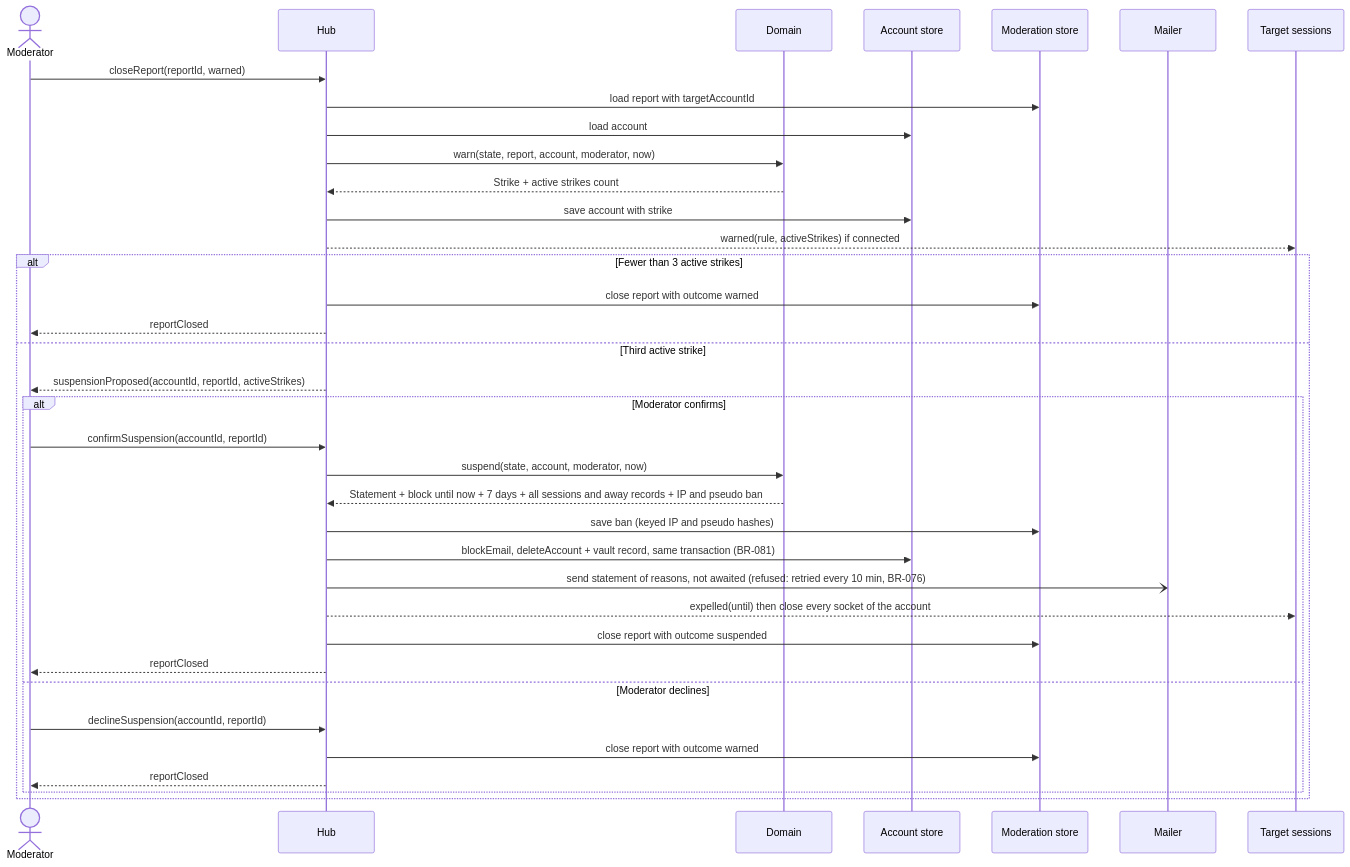
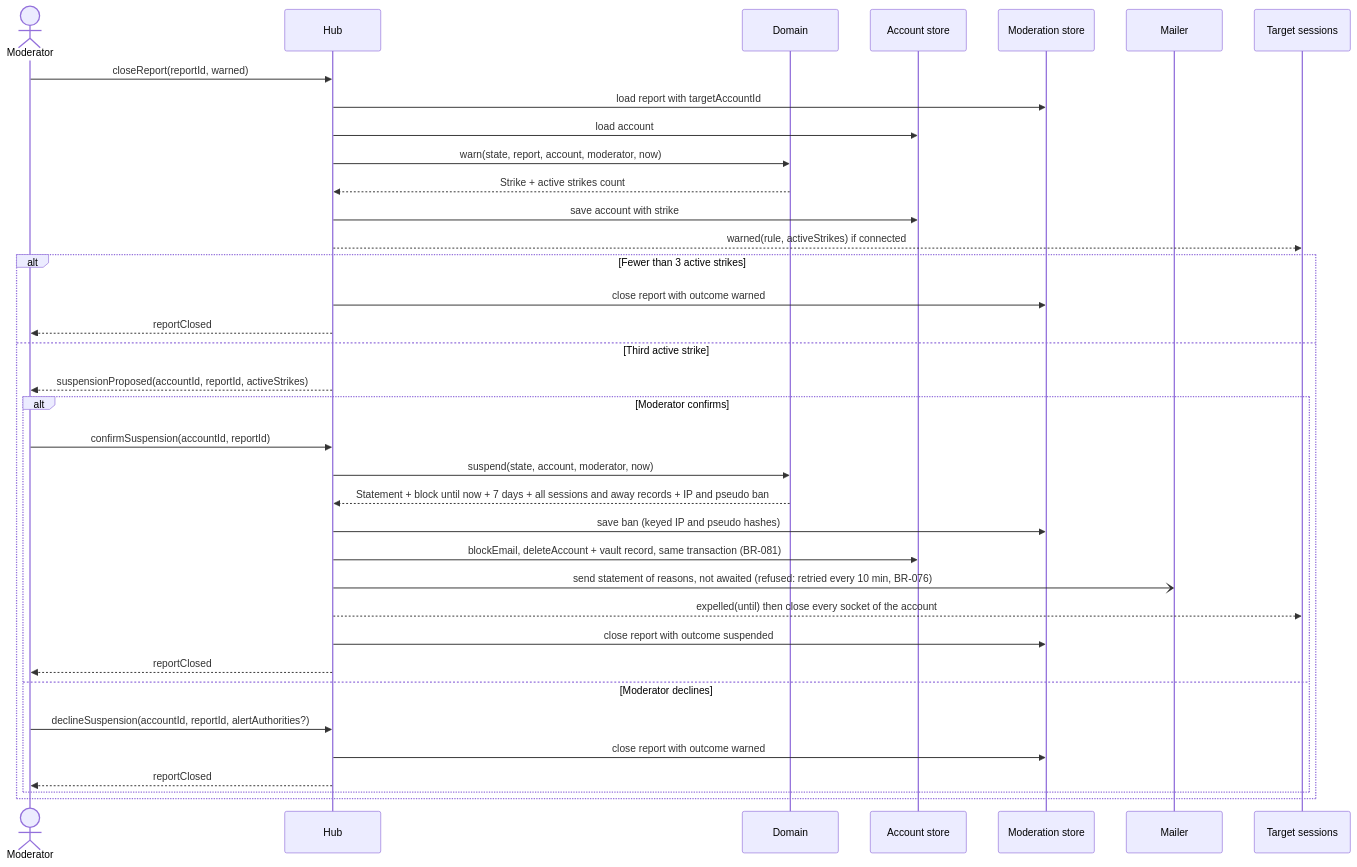
One commit to benoit-bremaud/asv changed the diagram in docs/architecture/diagrams/moderation/02d-sequence-warn-and-suspend.md. Above: the diagram before and after it, drawn with Mermaid. The commit also changed 10 other files, not shown here.

First line of the commit message:
fix(moderation): carry the raised alert in suspensionProposed (8c-2 review round 2)

````diff
--- a/docs/architecture/diagrams/moderation/02d-sequence-warn-and-suspend.md
+++ b/docs/architecture/diagrams/moderation/02d-sequence-warn-and-suspend.md
@@ -15,38 +15,38 @@
 ```mermaid
 sequenceDiagram
   actor M as Moderator
   participant H as Hub
   participant D as Domain
   participant AS as Account store
   participant ST as Moderation store
   participant ML as Mailer
   participant T as Target sessions
   M->>H: closeReport(reportId, warned)
   H->>ST: load report with targetAccountId
   H->>AS: load account
   H->>D: warn(state, report, account, moderator, now)
   D-->>H: Strike + active strikes count
   H->>AS: save account with strike
   H-->>T: warned(rule, activeStrikes) if connected
   alt Fewer than 3 active strikes
     H->>ST: close report with outcome warned
     H-->>M: reportClosed
   else Third active strike
     H-->>M: suspensionProposed(accountId, reportId, activeStrikes)
     alt Moderator confirms
       M->>H: confirmSuspension(accountId, reportId)
       H->>D: suspend(state, account, moderator, now)
       D-->>H: Statement + block until now + 7 days + all sessions and away records + IP and pseudo ban
       H->>ST: save ban (keyed IP and pseudo hashes)
       H->>AS: blockEmail, deleteAccount + vault record, same transaction (BR-081)
       H-)ML: send statement of reasons, not awaited (refused: retried every 10 min, BR-076)
       H-->>T: expelled(until) then close every socket of the account
       H->>ST: close report with outcome suspended
       H-->>M: reportClosed
     else Moderator declines
-      M->>H: declineSuspension(accountId, reportId)
+      M->>H: declineSuspension(accountId, reportId, alertAuthorities?)
       H->>ST: close report with outcome warned
       H-->>M: reportClosed
     end
   end
 ```
````
